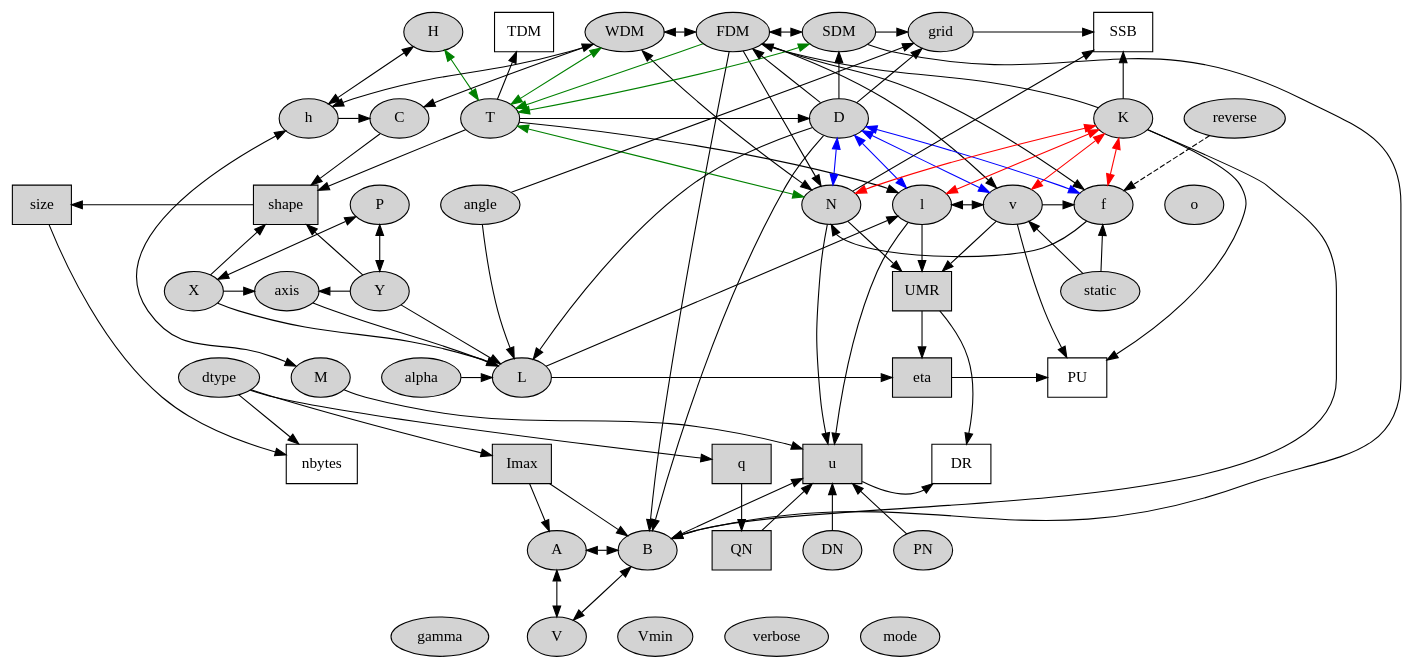
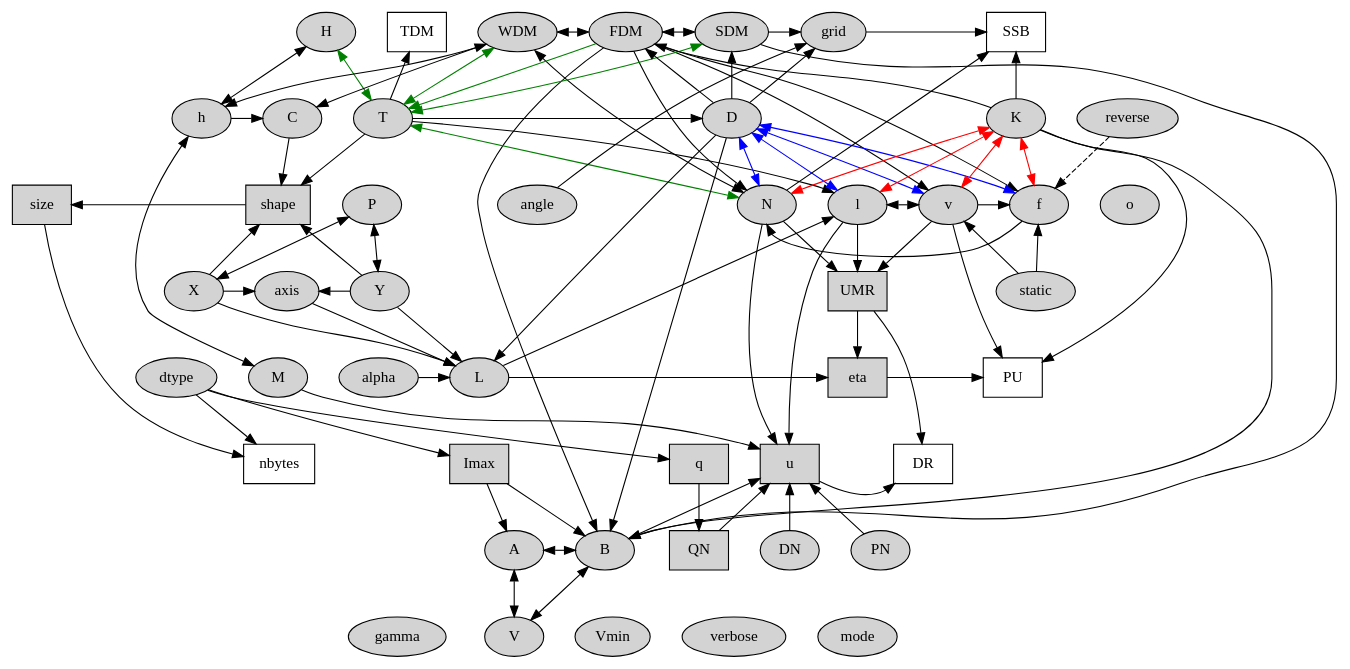
Before and after one commit to comimag/Fringes: the diagram in docs/interdependencies.dot, drawn with Graphviz. The commit also changed 3 other files, not shown here.

```diff
--- a/docs/interdependencies.dot
+++ b/docs/interdependencies.dot
@@ -1,119 +1,118 @@
 digraph G {
     graph [compound=True]
     node [style=filled]
     nodesep=0.4  // default: 0.25
     ranksep=0.6  // default: 0.5
 
     {rank=same; H -> TDM -> WDM -> FDM -> SDM -> grid -> SSB[style=invis][group=1]}
     {rank=same; h -> C -> T -> D -> K -> reverse[style=invis][group=2]}
     {rank=same; size -> shape -> P -> angle -> N -> l -> v -> f -> o[style=invis][group=3]}
     {rank=same; X -> axis -> Y -> UMR -> static[style=invis][group=4]}
     {rank=same; dtype -> M -> alpha -> L -> eta -> PU[style=invis][group=5]}
     //{rank=same; dtype -> M -> angle[style=invis][group=6]}
     {rank=same; nbytes -> Imax -> q -> u -> DR[style=invis][group=7]}
     {rank=same; A -> B -> QN -> DN -> PN[style=invis][group=8]}
     {rank=same; gamma -> V -> Vmin -> verbose -> mode[style=invis][group=9]}
 
     SSB[shape=box][fillcolor=white]
 
     H -> {T} [dir=both][color=green]
     TDM -> WDM [style=invis]
     H -> {h} [dir=both]
     WDM -> C[shape=box]
     WDM -> h[dir=both]
     WDM:se -> N[dir=both]
     WDM:e -> FDM [weight=3][dir=both]
     WDM -> T[dir=both][color=green]
     FDM -> {N v f}
     FDM -> T [color=green]
     FDM:e -> SDM [weight=1][dir=both]
     SDM -> T[dir=both][color=green]
     SDM:e -> grid
     SDM -> B
     FDM -> B
     grid:e -> SSB
 
     C -> shape
     h:e -> C
     h -> M [dir=both]
     h -> size [style=invis]
 //    T -> {D K} [constraint=false]
     T -> {TDM shape l}
     T:e -> D
     T -> N [dir=both][color=green]
     D -> {FDM SDM grid L B}
     D -> {N l v f}[dir=both][color=blue]
     K -> {N l v f}[dir=both][color=red]
     K -> {FDM B PU}
     K -> SSB [weight=5]
     reverse -> f [style=dashed]
 
     N -> {SSB UMR}
     l -> UMR [weight=13]
     l:e -> v [dir=both]
     v:e -> f
     v -> {UMR PU}
     f -> N:s
 
     P -> X [dir=both]
     P -> Y [dir=both]
     X:e -> axis
     X -> {shape L}
     Y -> {shape L}
     Y:w -> axis
     axis -> L
     UMR -> {eta DR}
     static -> {v f}
 
     M -> u
     alpha:e -> L
-    angle -> L
     L:e -> eta
     L -> l
     eta:e -> PU
 
     u -> DR:sw [constraint=false]
 
     dtype -> {Imax q nbytes}
 
     Imax -> A
     Imax -> B [weight=2]
     q -> QN [weight=2]
     nbytes -> gamma [style=invis]
     Vmin
     verbose
     mode
     o
 
     A:e -> B [dir=both]
     A -> V [dir=both][weight=3]
     B -> V [dir=both]
     B -> u
     QN -> u
     DN -> u [weight=2]
     PN -> u
 
     size -> nbytes
     //shape -> size
     size:e -> shape [dir=back][constraint=false]
     shape -> axis [style=invis]
 
     N -> u
     l -> u
     angle -> grid
 
     shape[shape=box]
     size[shape=box]
     nbytes[shape=box][fillcolor=white]
     Imax[shape=box]
     q[shape=box]
 //    Q[shape=box]
     QN[shape=box]
     UMR[shape=box]
     eta[shape=box]
     u[shape=box]
     TDM[shape=box][fillcolor=white]
     //L[shape=box]
     DR[shape=box][fillcolor=white]
     PU[shape=box][fillcolor=white]
 }
```
